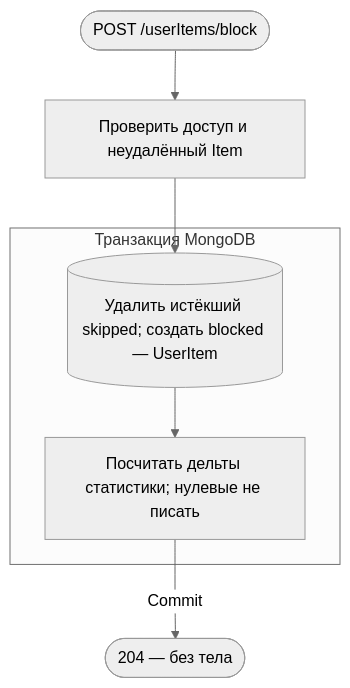
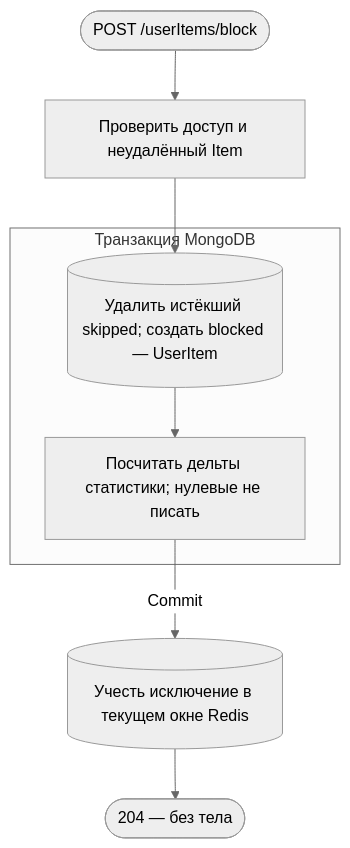
Before and after one commit to AmyGrooove/f95-tinder: the fifth of 9 diagrams in apps/api/public/docs/api/requestFlows/userItems.md, drawn with Mermaid (neutral theme). The commit also changed other lines of this file and 130 other files, not shown here.

````diff
--- a/apps/api/public/docs/api/requestFlows/userItems.md
+++ b/apps/api/public/docs/api/requestFlows/userItems.md
@@ -113,12 +114,13 @@
 ```mermaid
 flowchart TD
     accTitle: Бессрочная блокировка произведения
     accDescr: Проверить Item, сохранить blocked в транзакции и вернуть ответ после commit
     A(["POST /userItems/block"]):::http --> B["Проверить доступ и неудалённый Item"]:::action
     subgraph TX["Транзакция MongoDB"]
         C[("Удалить истёкший skipped; создать blocked — UserItem")]:::data
         C --> D["Посчитать дельты статистики; нулевые не писать"]:::action
     end
     B --> C
-    D -->|Commit| R(["204 — без тела"]):::http
+    D -->|Commit| H[("Учесть исключение в текущем окне Redis")]:::data
+    H --> R(["204 — без тела"]):::http
 ```
````
